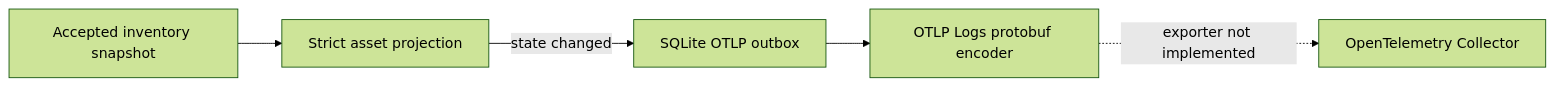
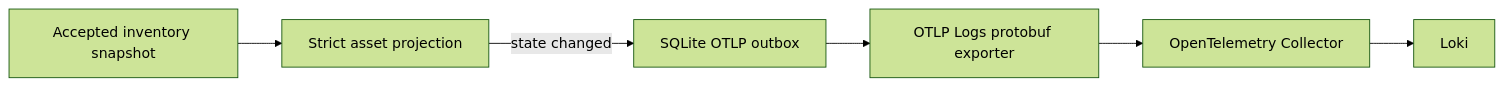
Before and after one commit to edgedisco/edgedisco: the first of 2 diagrams in docs/otel-integration.md, drawn with Mermaid (forest theme). The commit also changed other lines of this file and 16 other files, not shown here.

Commit message:
Add supervised OTLP logs exporter

````diff
--- a/docs/otel-integration.md
+++ b/docs/otel-integration.md
@@ -10,7 +14,8 @@
 ```mermaid
 flowchart LR
   A[Accepted inventory snapshot] --> P[Strict asset projection]
   P -->|state changed| Q[SQLite OTLP outbox]
-  Q --> E[OTLP Logs protobuf encoder]
-  E -. exporter not implemented .-> C[OpenTelemetry Collector]
+  Q --> E[OTLP Logs protobuf exporter]
+  E --> C[OpenTelemetry Collector]
+  C --> L[Loki]
 ```
````
